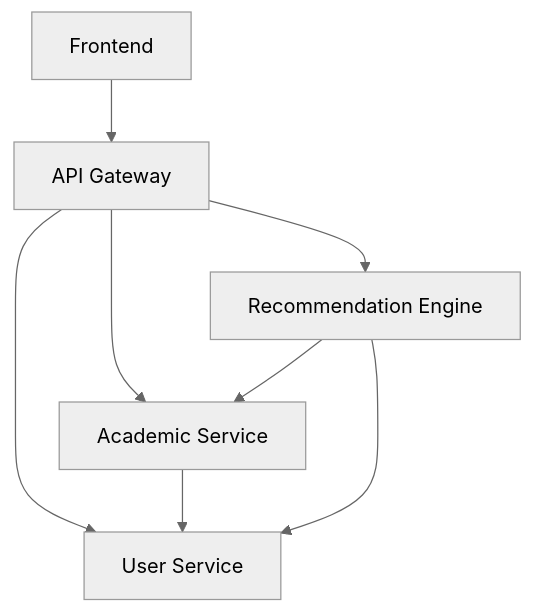
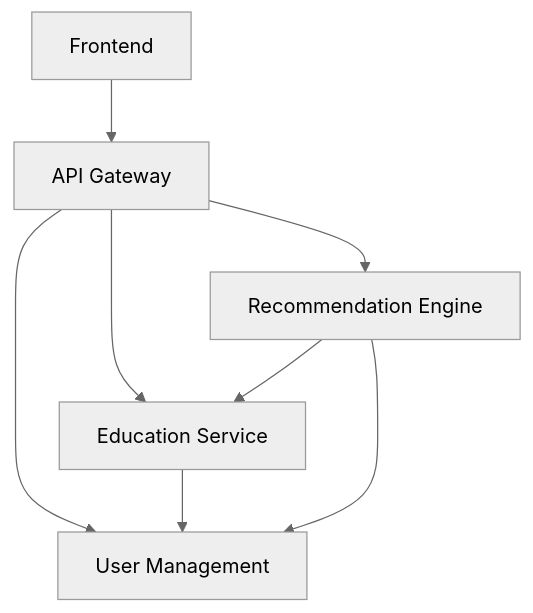
The diagram in README.md (AdithyaSean/Next-Step), drawn with Mermaid (neutral theme) before and after one commit. The commit also changed other lines of this file and 4 other files, not shown here.

Commit message:
Refactor microservices structure: replaced next-step-academic submodule with next-step-education, update README and architecture documentation, and enhance user management and education service descriptions.

````diff
--- a/README.md
+++ b/README.md
@@ -55,10 +57,10 @@
 ```mermaid
 graph TD
     A[Frontend] --> B[API Gateway]
-    B --> C[User Service]
-    B --> D[Academic Service]
+    B --> C[User Management]
+    B --> D[Education Service]
     B --> E[Recommendation Engine]
     D --> C
     E --> C
     E --> D
 ```
````
